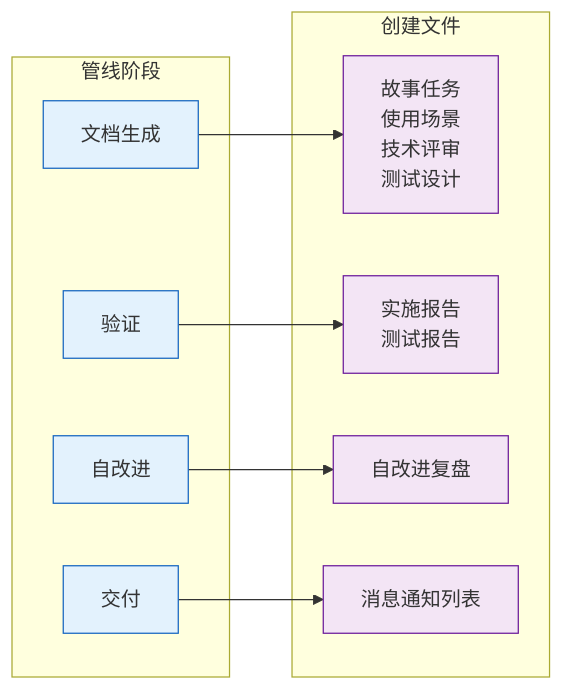
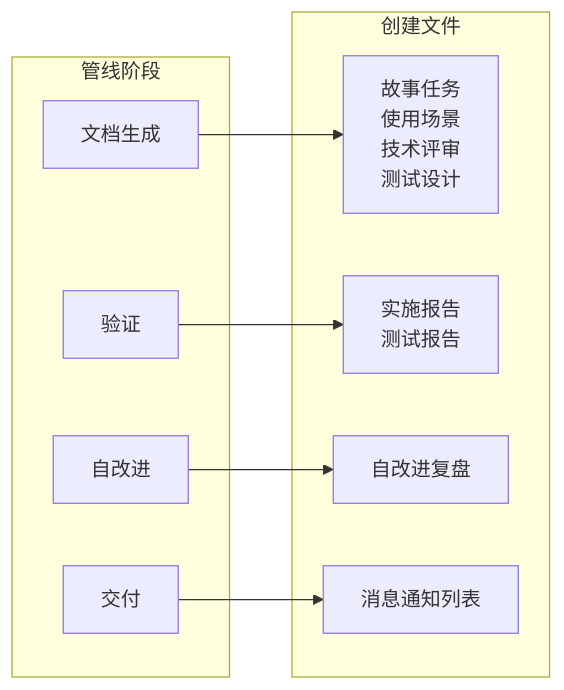
One commit to effiy/YrY changed the fifth of 11 diagrams in rules/doc-generation.md. Above: the diagram before and after it, drawn with Mermaid. The commit also changed other lines of this file and 61 other files, not shown here.

````diff
--- a/rules/doc-generation.md
+++ b/rules/doc-generation.md
@@ -259,22 +248,20 @@
 ```mermaid
 flowchart LR
     subgraph 阶段["管线阶段"]
         P1["文档生成"]:::phase
         P2["验证"]:::phase
         P3["自改进"]:::phase
         P4["交付"]:::phase
     end
     subgraph 产出["创建文件"]
         O1["故事任务<br/>使用场景<br/>技术评审<br/>测试设计"]:::file
         O2["实施报告<br/>测试报告"]:::file
         O3["自改进复盘"]:::file
         O4["消息通知列表"]:::file
     end
     P1 --> O1
     P2 --> O2
     P3 --> O3
     P4 --> O4
 
-    classDef phase fill:#e3f2fd,stroke:#1565c0;
-    classDef file fill:#f3e5f5,stroke:#6a1b9a;
 ```
````
